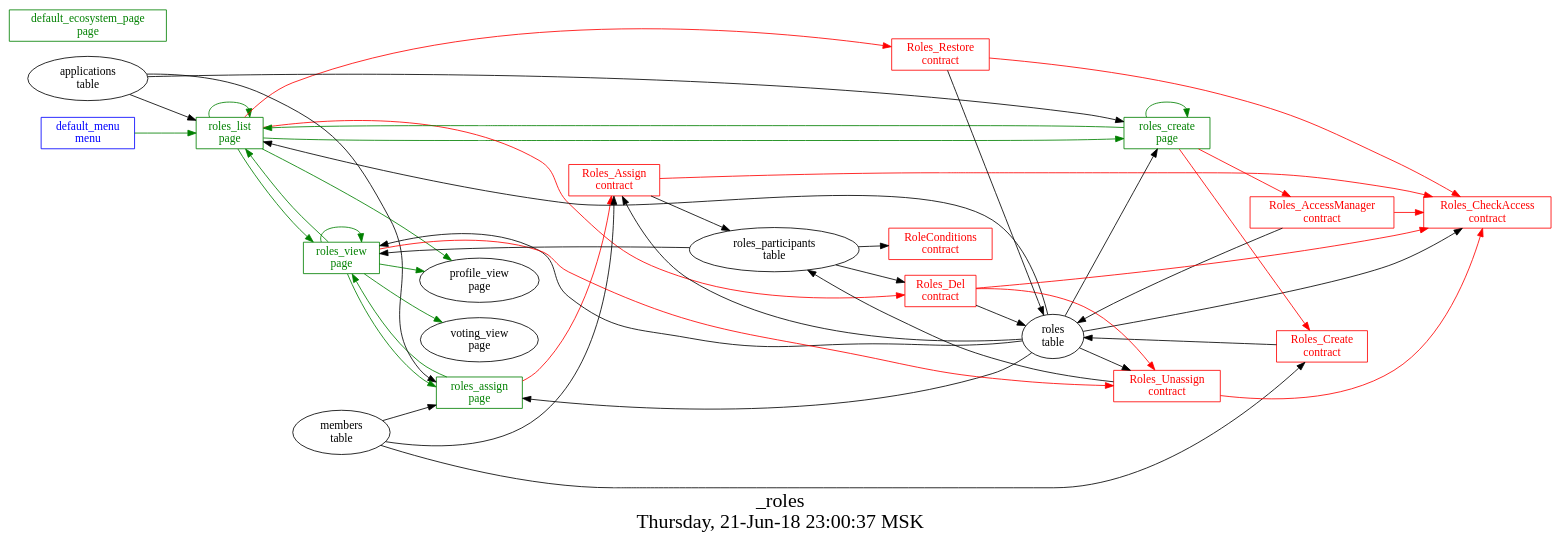
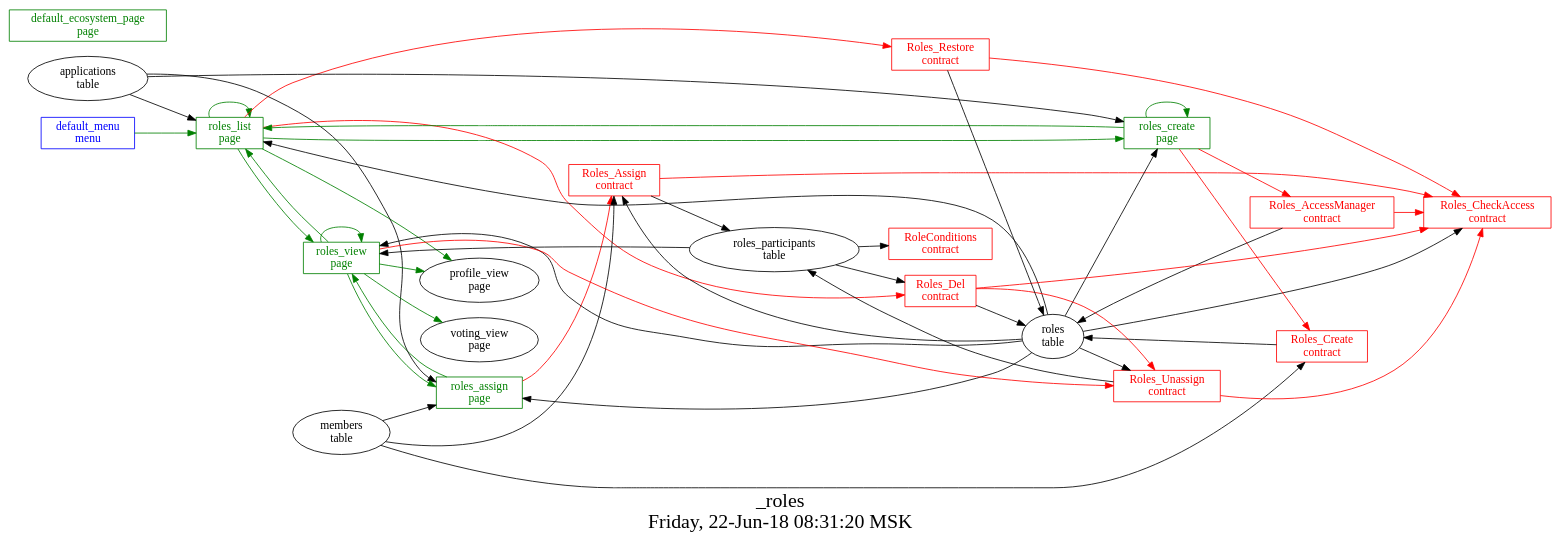
The diagram in src/_roles/struct.dot (AplaProject/apps), drawn with Graphviz before and after one commit. The commit also changed 3 other files, not shown here.

```diff
--- a/src/_roles/struct.dot
+++ b/src/_roles/struct.dot
@@ -1,71 +1,71 @@
 digraph G {
 graph [
   fontsize="24";
-  label="_roles\nThursday, 21-Jun-18 23:00:37 MSK";
+  label="_roles\nFriday, 22-Jun-18 08:31:20 MSK";
   nojustify=true;
   ordering=out;
   rankdir=LR;
   size="30";
 ];
 "default_menu\nmenu" -> "roles_list\npage"  [ color=green ]
 "default_menu\nmenu" [color=blue, fontcolor=blue, group=menus, shape=record];
 "default_ecosystem_page\npage" [color=green, fontcolor=green, group=pages, shape=record];
 "roles_assign\npage" -> "Roles_Assign\ncontract"  [ color=red ]
 "applications\ntable" -> "roles_assign\npage"
 "roles\ntable" -> "roles_assign\npage"
 "members\ntable" -> "roles_assign\npage"
 "roles_assign\npage" -> "roles_view\npage"  [ color=green ]
 "roles_assign\npage" [color=green, fontcolor=green, group=pages, shape=record];
 "roles_create\npage" -> "Roles_AccessManager\ncontract"  [ color=red ]
 "roles_create\npage" -> "Roles_Create\ncontract"  [ color=red ]
 "applications\ntable" -> "roles_create\npage"
 "roles\ntable" -> "roles_create\npage"
 "roles_create\npage" -> "roles_create\npage"  [ color=green ]
 "roles_create\npage" -> "roles_list\npage"  [ color=green ]
 "roles_create\npage" [color=green, fontcolor=green, group=pages, shape=record];
 "roles_list\npage" -> "Roles_Del\ncontract"  [ color=red ]
 "roles_list\npage" -> "Roles_Restore\ncontract"  [ color=red ]
 "applications\ntable" -> "roles_list\npage"
 "roles\ntable" -> "roles_list\npage"
 "roles_list\npage" -> "roles_create\npage"  [ color=green ]
 "roles_list\npage" -> "profile_view\npage"  [ color=green ]
 "roles_list\npage" -> "roles_view\npage"  [ color=green ]
 "roles_list\npage" -> "roles_list\npage"  [ color=green ]
 "roles_list\npage" [color=green, fontcolor=green, group=pages, shape=record];
 "roles_view\npage" -> "Roles_Unassign\ncontract"  [ color=red ]
 "roles\ntable" -> "roles_view\npage"
 "roles_participants\ntable" -> "roles_view\npage"
 "roles_view\npage" -> "profile_view\npage"  [ color=green ]
 "roles_view\npage" -> "voting_view\npage"  [ color=green ]
 "roles_view\npage" -> "roles_view\npage"  [ color=green ]
 "roles_view\npage" -> "roles_list\npage"  [ color=green ]
 "roles_view\npage" -> "roles_assign\npage"  [ color=green ]
 "roles_view\npage" [color=green, fontcolor=green, group=pages, shape=record];
 "roles_participants\ntable" -> "RoleConditions\ncontract"
 "RoleConditions\ncontract" [color=red, fontcolor=red, group=contracts, shape=record];
 "Roles_AccessManager\ncontract" -> "Roles_CheckAccess\ncontract"  [ color=red ]
 "Roles_AccessManager\ncontract" -> "roles\ntable"  [ color="" ]
 "Roles_AccessManager\ncontract" [color=red, fontcolor=red, group=contracts, shape=record];
 "Roles_Assign\ncontract" -> "Roles_CheckAccess\ncontract"  [ color=red ]
 "Roles_Assign\ncontract" -> "roles_participants\ntable"  [ color="" ]
 "roles\ntable" -> "Roles_Assign\ncontract"
 "members\ntable" -> "Roles_Assign\ncontract"
 "Roles_Assign\ncontract" [color=red, fontcolor=red, group=contracts, shape=record];
 "roles\ntable" -> "Roles_CheckAccess\ncontract"
 "Roles_CheckAccess\ncontract" [color=red, fontcolor=red, group=contracts, shape=record];
 "Roles_Create\ncontract" -> "roles\ntable"  [ color="" ]
 "members\ntable" -> "Roles_Create\ncontract"
 "Roles_Create\ncontract" [color=red, fontcolor=red, group=contracts, shape=record];
 "Roles_Del\ncontract" -> "Roles_CheckAccess\ncontract"  [ color=red ]
 "Roles_Del\ncontract" -> "Roles_Unassign\ncontract"  [ color=red ]
 "Roles_Del\ncontract" -> "roles\ntable"  [ color="" ]
 "roles_participants\ntable" -> "Roles_Del\ncontract"
 "Roles_Del\ncontract" [color=red, fontcolor=red, group=contracts, shape=record];
 "Roles_Restore\ncontract" -> "Roles_CheckAccess\ncontract"  [ color=red ]
 "Roles_Restore\ncontract" -> "roles\ntable"  [ color="" ]
 "Roles_Restore\ncontract" [color=red, fontcolor=red, group=contracts, shape=record];
 "Roles_Unassign\ncontract" -> "Roles_CheckAccess\ncontract"  [ color=red ]
 "Roles_Unassign\ncontract" -> "roles_participants\ntable"  [ color="" ]
 "roles\ntable" -> "Roles_Unassign\ncontract"
 "Roles_Unassign\ncontract" [color=red, fontcolor=red, group=contracts, shape=record];
 }
```
